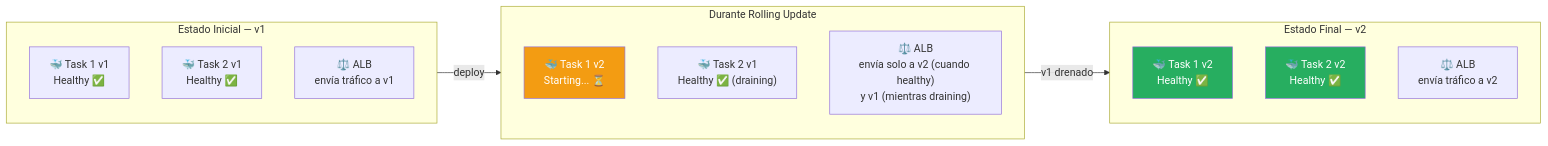
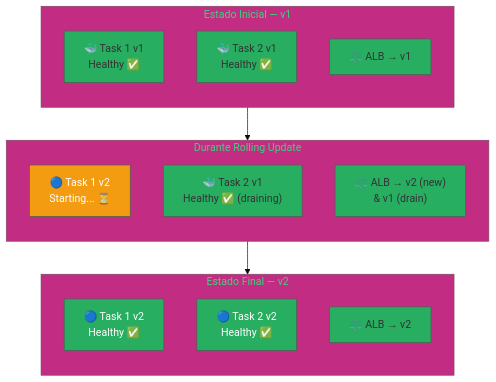
One commit to vladimiracunadev-create/proyectos-aws changed the third of 4 diagrams in caso-j-containers-ecs/docs/architecture.md. Above: the diagram before and after it, drawn with Mermaid. The commit also changed other lines of this file and 6 other files, not shown here.

Commit message:
docs: mass optimization of architecture diagrams for all completed cases (A, B, C, D, J, K, L) - vertical flow and premium styles

````diff
--- a/caso-j-containers-ecs/docs/architecture.md
+++ b/caso-j-containers-ecs/docs/architecture.md
@@ -100,27 +104,31 @@
 ```mermaid
-graph LR
+%%{init: {'theme': 'base', 'themeVariables': { 'primaryColor': '#27AE60', 'fontsize': '16px' }}}%%
+graph TB
     subgraph Antes["Estado Inicial — v1"]
+        direction TB
         T1v1["🐳 Task 1 v1\nHealthy ✅"]
         T2v1["🐳 Task 2 v1\nHealthy ✅"]
-        ALB1["⚖️ ALB\nenvía tráfico a v1"]
+        ALB1["⚖️ ALB → v1"]
     end
 
     subgraph Durante["Durante Rolling Update"]
-        T1v2["🐳 Task 1 v2\nStarting... ⏳"]
+        direction TB
+        T1v2["🔵 Task 1 v2\nStarting... ⏳"]
         T2v1b["🐳 Task 2 v1\nHealthy ✅ (draining)"]
-        ALB2["⚖️ ALB\nenvía solo a v2 (cuando healthy)\ny v1 (mientras draining)"]
+        ALB2["⚖️ ALB → v2 (new)\n& v1 (drain)"]
     end
 
     subgraph Despues["Estado Final — v2"]
-        T1v2b["🐳 Task 1 v2\nHealthy ✅"]
-        T2v2["🐳 Task 2 v2\nHealthy ✅"]
-        ALB3["⚖️ ALB\nenvía tráfico a v2"]
+        direction TB
+        T1v2b["🔵 Task 1 v2\nHealthy ✅"]
+        T2v2["🔵 Task 2 v2\nHealthy ✅"]
+        ALB3["⚖️ ALB → v2"]
     end
 
-    Antes -->|"deploy"| Durante
-    Durante -->|"v1 drenado"| Despues
+    Antes --> Durante
+    Durante --> Despues
 
     style T1v2 fill:#F39C12,color:#fff
     style T1v2b fill:#27AE60,color:#fff
     style T2v2 fill:#27AE60,color:#fff
 ```
````
